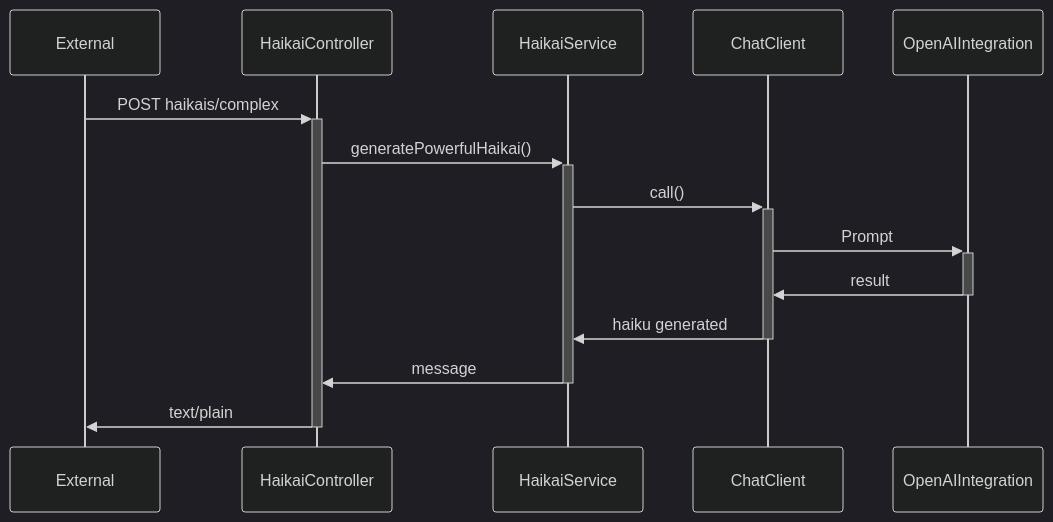
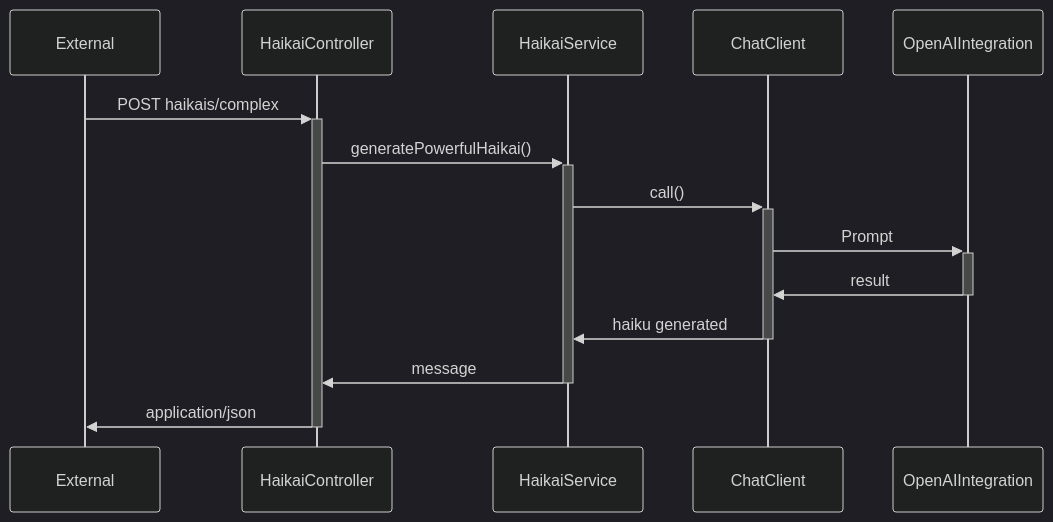
Before and after one commit to ortolanph/haikAI: the second of 5 diagrams in article/article.md, drawn with Mermaid (dark theme). The commit also changed other lines of this file, not shown here.

````diff
--- a/article/article.md
+++ b/article/article.md
@@ -149,11 +150,11 @@
 ```mermaid
 sequenceDiagram
     External ->>+ HaikaiController: POST haikais/complex
     HaikaiController ->>+ HaikaiService: generatePowerfulHaikai()
     HaikaiService ->>+ ChatClient: call()
     ChatClient ->>+ OpenAIIntegration: Prompt
     OpenAIIntegration ->>- ChatClient: result
     ChatClient ->>- HaikaiService: haiku generated
     HaikaiService ->>- HaikaiController: message
-    HaikaiController ->>- External: text/plain
+    HaikaiController ->>- External: application/json
 ```
````
